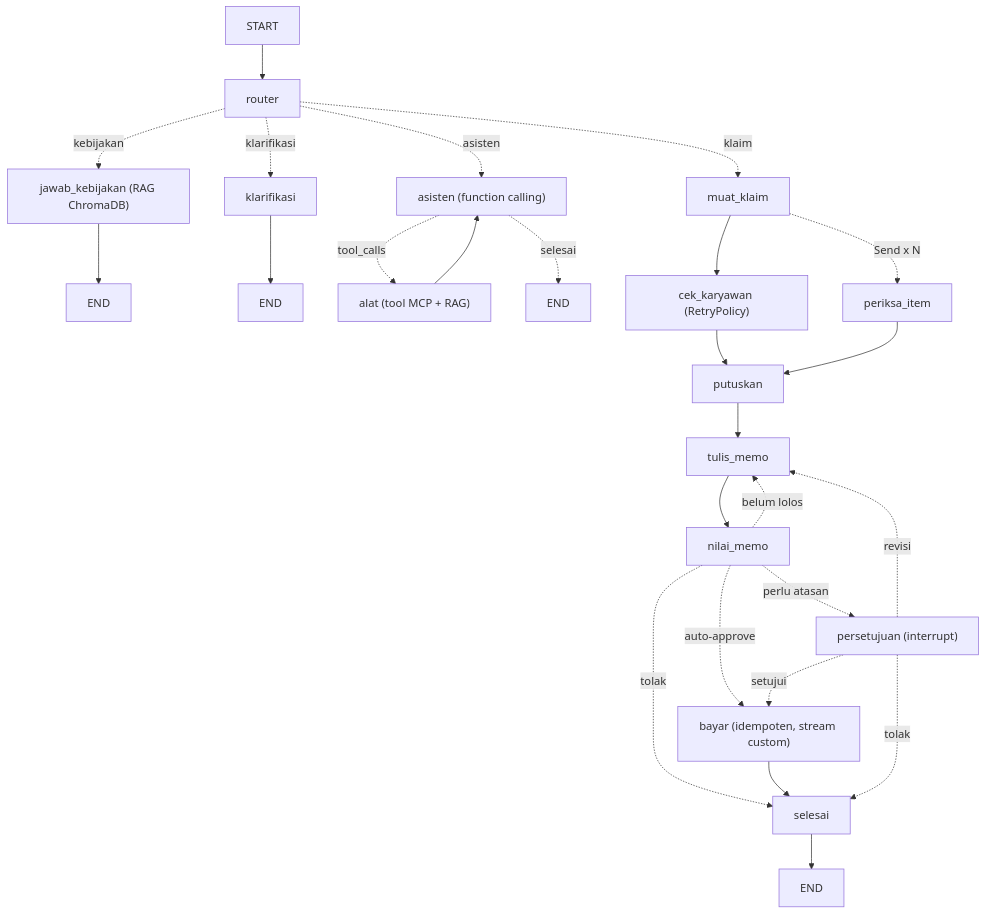
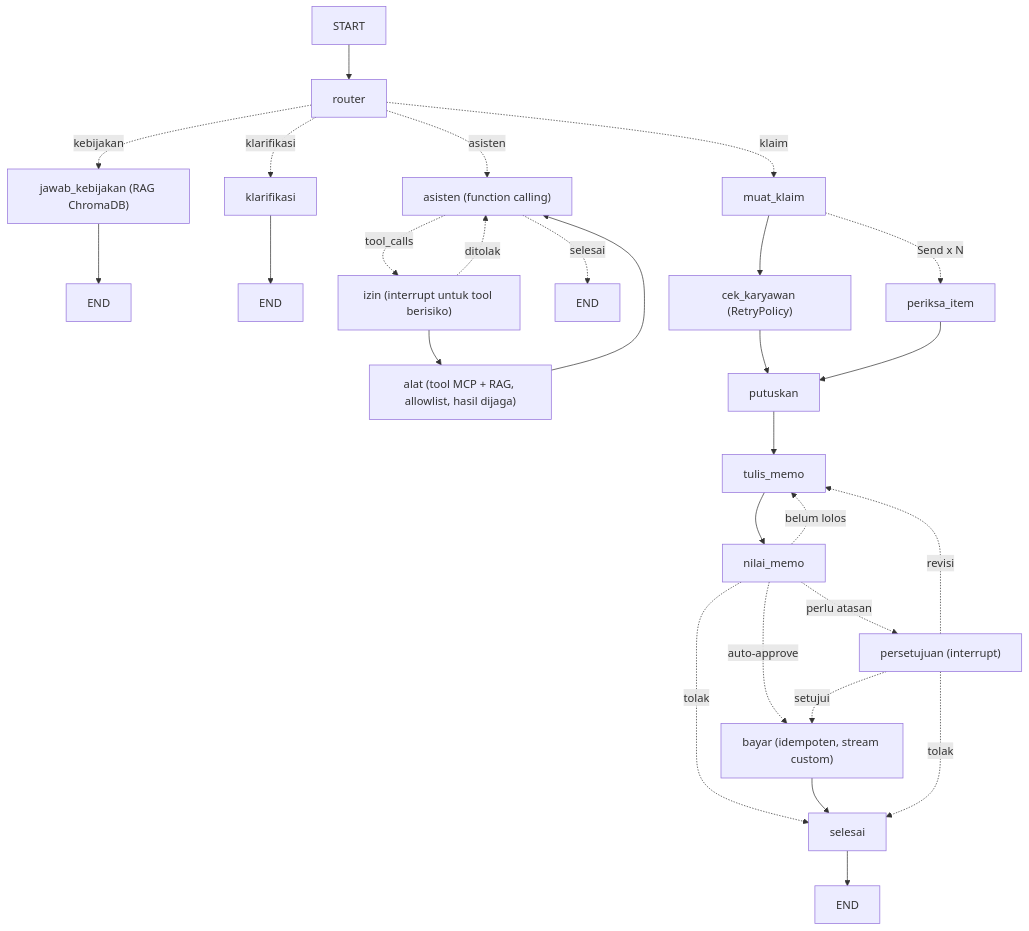
One commit to bilalbayasut/langgraph-klaim-lab changed diagram 11 of 11 in LAB.md. Above: the diagram before and after it, drawn with Mermaid. The commit also changed other lines of this file and 8 other files, not shown here.

First line of the commit message:
Tahap D: Hari 3 lengkap (data confidential, keamanan tool/MCP, approval, secret, capstone)

````diff
--- a/LAB.md
+++ b/LAB.md
@@ -6036,22 +6958,24 @@
 ```mermaid
 flowchart TD
   START --> router
   router -.klaim.-> muat_klaim
   router -.kebijakan.-> jawab_kebijakan["jawab_kebijakan (RAG ChromaDB)"] --> E1[END]
   router -.klarifikasi.-> klarifikasi --> E2[END]
   router -.asisten.-> asisten["asisten (function calling)"]
-  asisten -.tool_calls.-> alat["alat (tool MCP + RAG)"] --> asisten
+  asisten -.tool_calls.-> izin["izin (interrupt untuk tool berisiko)"]
+  izin --> alat["alat (tool MCP + RAG, allowlist, hasil dijaga)"] --> asisten
+  izin -.ditolak.-> asisten
   asisten -.selesai.-> E4[END]
   muat_klaim --> cek_karyawan["cek_karyawan (RetryPolicy)"]
   muat_klaim -.Send x N.-> periksa_item
   cek_karyawan --> putuskan
   periksa_item --> putuskan
   putuskan --> tulis_memo --> nilai_memo
   nilai_memo -.belum lolos.-> tulis_memo
   nilai_memo -.perlu atasan.-> persetujuan["persetujuan (interrupt)"]
   nilai_memo -.auto-approve.-> bayar
   nilai_memo -.tolak.-> selesai
   persetujuan -.setujui.-> bayar["bayar (idempoten, stream custom)"] --> selesai --> E3[END]
   persetujuan -.revisi.-> tulis_memo
   persetujuan -.tolak.-> selesai
 ```
````
